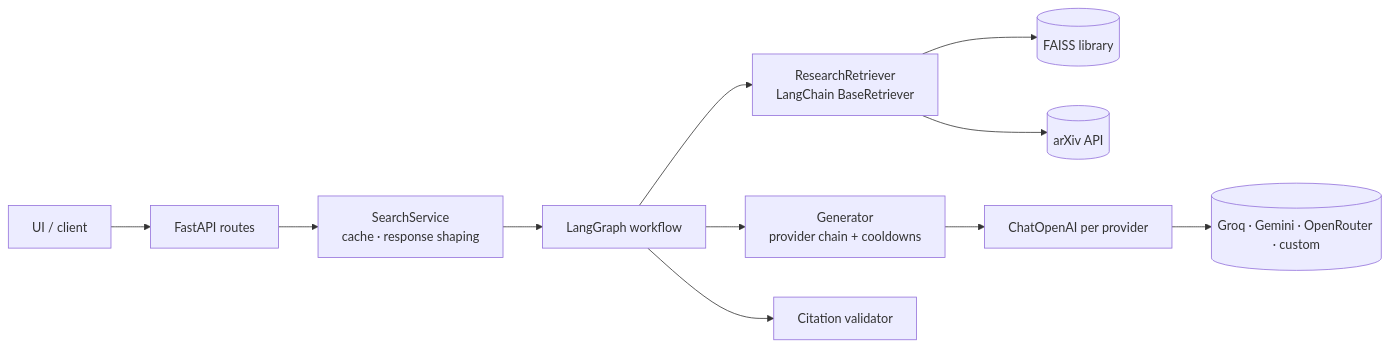
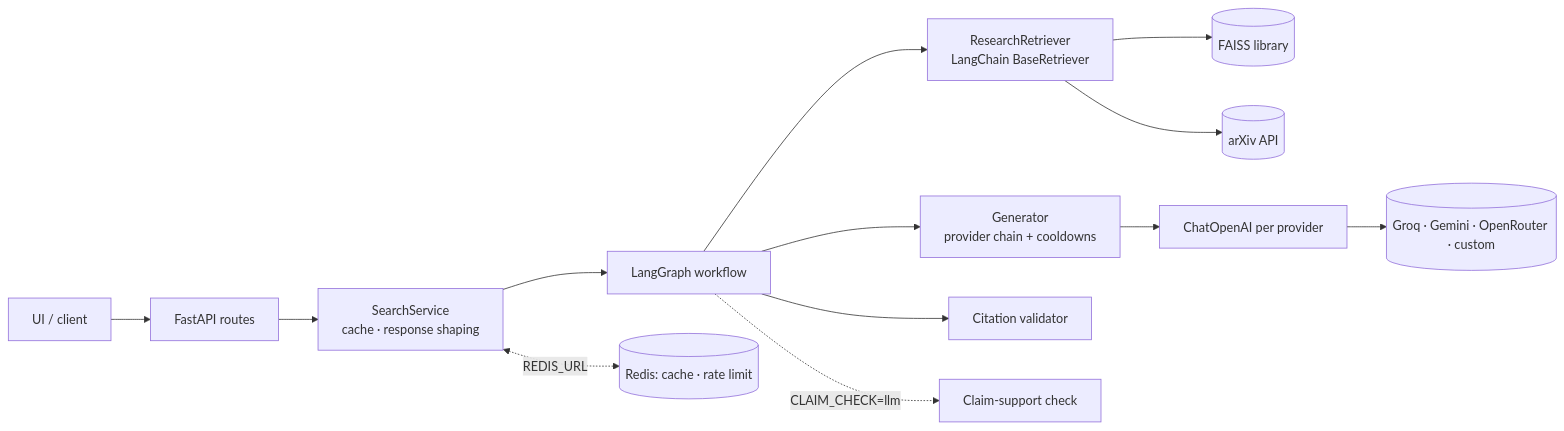
Before and after one commit to Prit00001/Contexta2.0: the diagram in README.md, drawn with Mermaid. The commit also changed other lines of this file and 2 other files, not shown here.

````diff
--- a/README.md
+++ b/README.md
@@ -28,13 +41,15 @@
 ```mermaid
 flowchart LR
     C[UI / client] --> API[FastAPI routes]
     API --> S[SearchService<br/>cache · response shaping]
     S --> G[LangGraph workflow]
     G --> R[ResearchRetriever<br/>LangChain BaseRetriever]
     R --> F[(FAISS library)]
     R --> X[(arXiv API)]
     G --> GEN[Generator<br/>provider chain + cooldowns]
     GEN --> L[ChatOpenAI per provider]
     L --> P[(Groq · Gemini · OpenRouter · custom)]
     G --> V[Citation validator]
+    G -. CLAIM_CHECK=llm .-> CC[Claim-support check]
+    S <-. REDIS_URL .-> RD[(Redis: cache · rate limit)]
 ```
````
